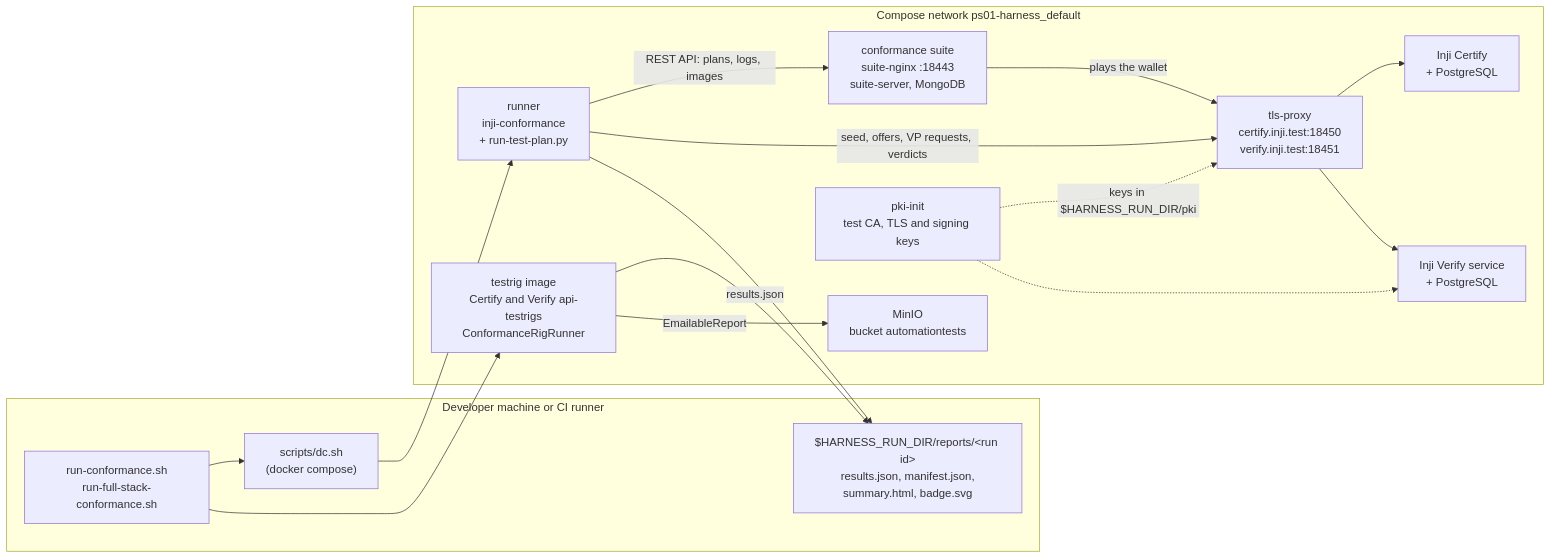
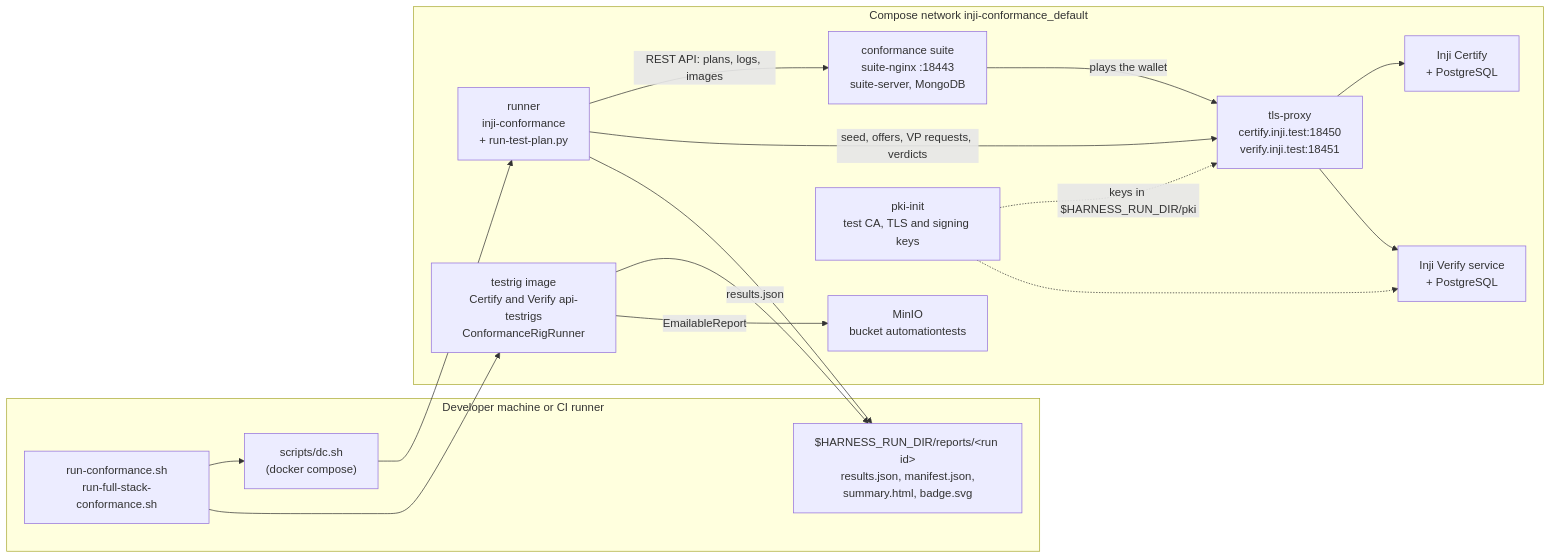
One commit to Paradox-73/Automated_Conformance_Testing_for_Inji_Certify_and_Inji_Verify changed the diagram in docs/diagrams/components.mmd. Above: the diagram before and after it, drawn with Mermaid. The commit also changed 10 other files, not shown here.

First line of the commit message:
Rename the compose project ps01-harness to inji-conformance

```diff
--- a/docs/diagrams/components.mmd
+++ b/docs/diagrams/components.mmd
@@ -1,28 +1,28 @@
 flowchart LR
   subgraph host["Developer machine or CI runner"]
     rc["run-conformance.sh<br/>run-full-stack-conformance.sh"]
     dc["scripts/dc.sh<br/>(docker compose)"]
     rep["$HARNESS_RUN_DIR/reports/&lt;run id&gt;<br/>results.json, manifest.json,<br/>summary.html, badge.svg"]
   end
-  subgraph net["Compose network ps01-harness_default"]
+  subgraph net["Compose network inji-conformance_default"]
     runner["runner<br/>inji-conformance<br/>+ run-test-plan.py"]
     suite["conformance suite<br/>suite-nginx :18443<br/>suite-server, MongoDB"]
     proxy["tls-proxy<br/>certify.inji.test:18450<br/>verify.inji.test:18451"]
     certify["Inji Certify<br/>+ PostgreSQL"]
     verify["Inji Verify service<br/>+ PostgreSQL"]
     rig["testrig image<br/>Certify and Verify api-testrigs<br/>ConformanceRigRunner"]
     minio["MinIO<br/>bucket automationtests"]
     pki["pki-init<br/>test CA, TLS and signing keys"]
   end
   rc --> dc --> runner
   runner -- "REST API: plans, logs, images" --> suite
   runner -- "seed, offers, VP requests, verdicts" --> proxy
   suite -- "plays the wallet" --> proxy
   proxy --> certify
   proxy --> verify
   rc --> rig
   rig -- "results.json" --> rep
   rig -- "EmailableReport" --> minio
   pki -. "keys in $HARNESS_RUN_DIR/pki" .-> proxy
   pki -.-> verify
   runner --> rep
```
